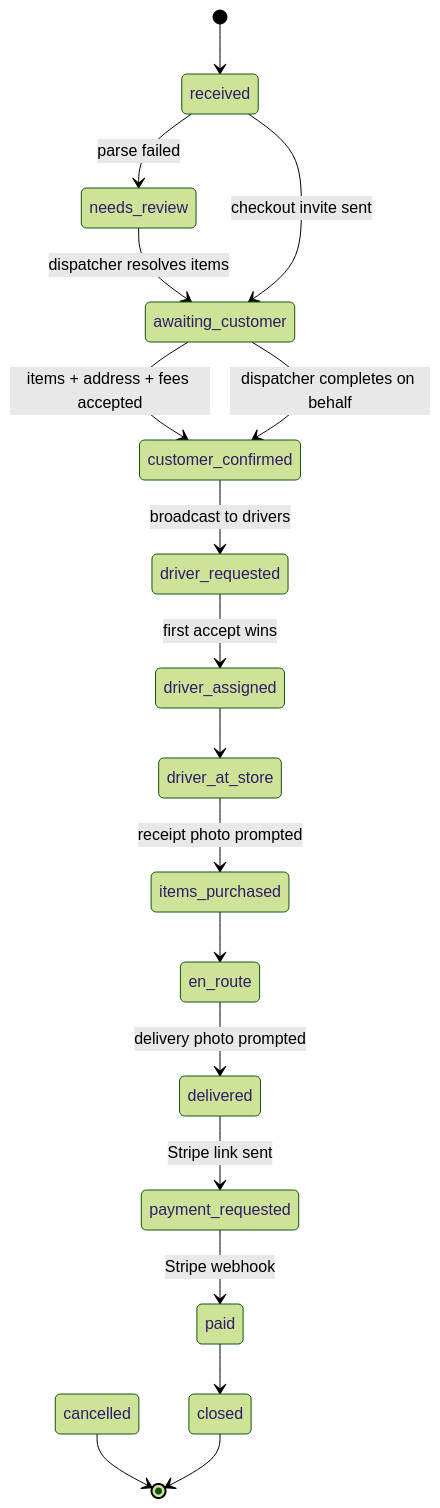
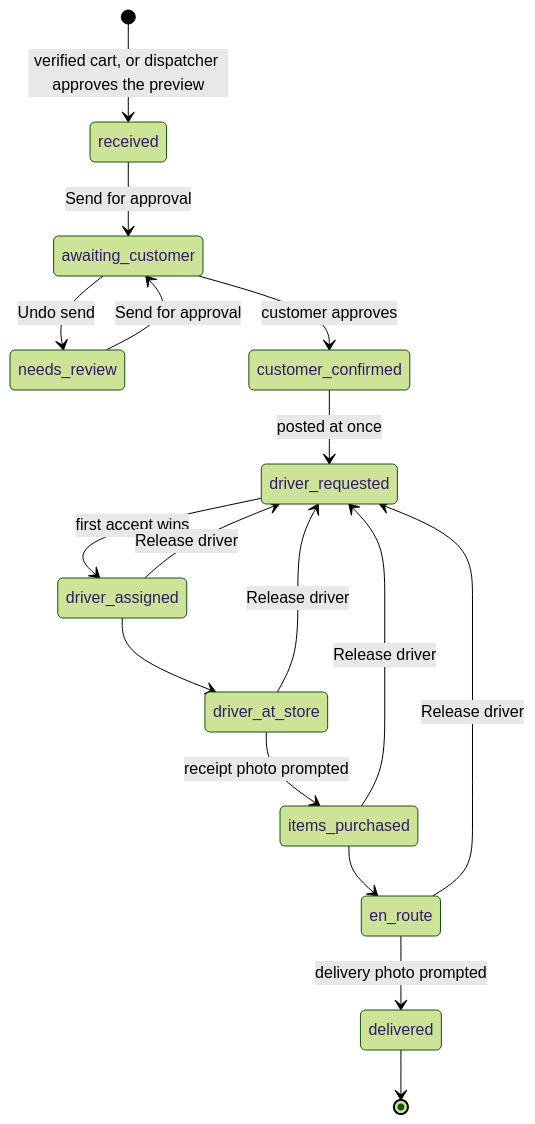
The second of 4 diagrams in docs/architecture/00-overview.md (apalumbiLS/DeliveryApp), drawn with Mermaid (forest theme) before and after one commit. The commit also changed other lines of this file and 32 other files, not shown here.

````diff
--- a/docs/architecture/00-overview.md
+++ b/docs/architecture/00-overview.md
@@ -149,20 +179,19 @@
 ```mermaid
 stateDiagram-v2
-    [*] --> received
-    received --> needs_review : parse failed
-    needs_review --> awaiting_customer : dispatcher resolves items
-    received --> awaiting_customer : checkout invite sent
-    awaiting_customer --> customer_confirmed : items + address + fees accepted
-    awaiting_customer --> customer_confirmed : dispatcher completes on behalf
-    customer_confirmed --> driver_requested : broadcast to drivers
+    [*] --> received : verified cart, or dispatcher approves the preview
+    received --> awaiting_customer : Send for approval
+    needs_review --> awaiting_customer : Send for approval
+    awaiting_customer --> needs_review : Undo send
+    awaiting_customer --> customer_confirmed : customer approves
+    customer_confirmed --> driver_requested : posted at once
     driver_requested --> driver_assigned : first accept wins
     driver_assigned --> driver_at_store
     driver_at_store --> items_purchased : receipt photo prompted
     items_purchased --> en_route
     en_route --> delivered : delivery photo prompted
-    delivered --> payment_requested : Stripe link sent
-    payment_requested --> paid : Stripe webhook
-    paid --> closed
-    cancelled --> [*]
-    closed --> [*]
+    driver_assigned --> driver_requested : Release driver
+    driver_at_store --> driver_requested : Release driver
+    items_purchased --> driver_requested : Release driver
+    en_route --> driver_requested : Release driver
+    delivered --> [*]
 ```
````
